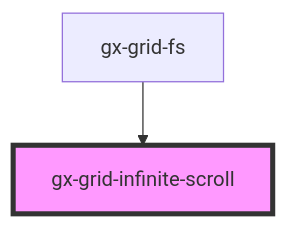
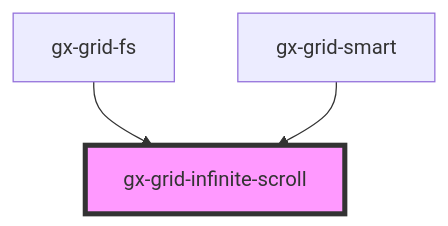
The diagram in src/components/grid-infinite-scroll/readme.md (genexuslabs/web-controls-library), drawn with Mermaid before and after one commit. The commit also changed other lines of this file and 38 other files, not shown here.

````diff
--- a/src/components/grid-infinite-scroll/readme.md
+++ b/src/components/grid-infinite-scroll/readme.md
@@ -49,5 +54,6 @@
 ```mermaid
 graph TD;
   gx-grid-fs --> gx-grid-infinite-scroll
+  gx-grid-smart --> gx-grid-infinite-scroll
   style gx-grid-infinite-scroll fill:#f9f,stroke:#333,stroke-width:4px
 ```
````
